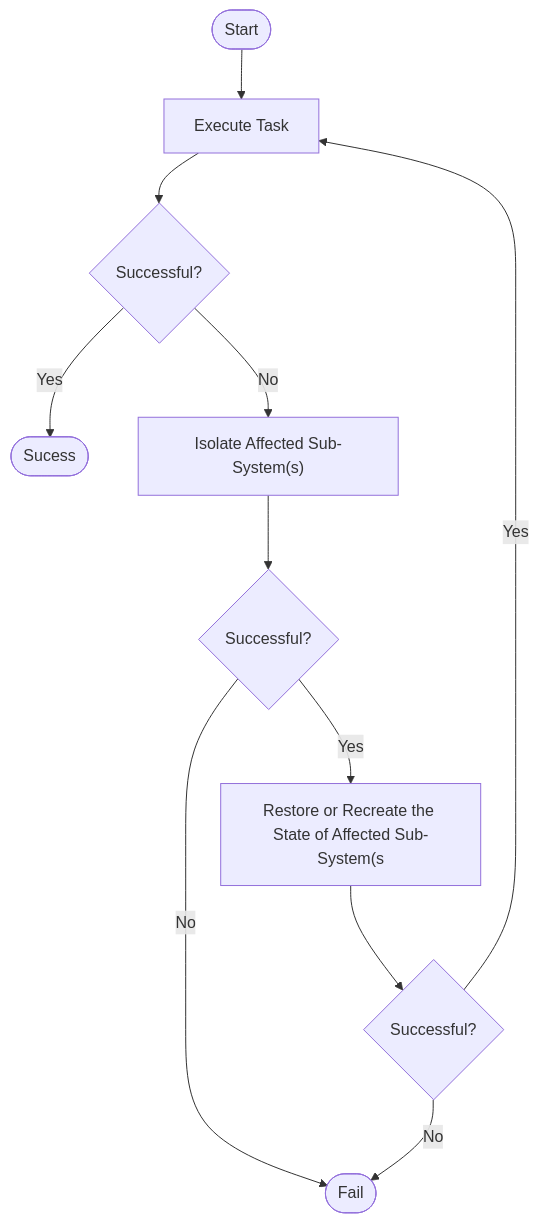
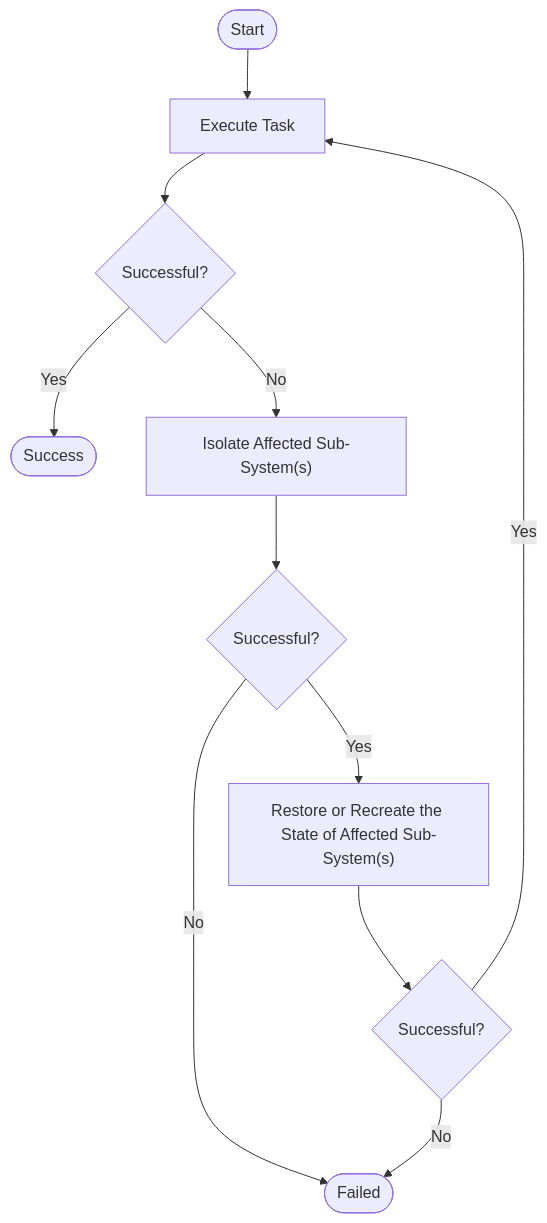
The diagram in sos/logical/resilience/rejuvenation/workflow.mmd (ORNL/intersect-architecture), drawn with Mermaid before and after one commit. The commit also changed 7 other files, not shown here.

```diff
--- a/sos/logical/resilience/rejuvenation/workflow.mmd
+++ b/sos/logical/resilience/rejuvenation/workflow.mmd
@@ -1,11 +1,11 @@
 flowchart TD
     A(["Start"]) --> B["Execute Task"]
     B --> C{"Successful?"}
-    C -->|Yes| D(["Sucess"])
+    C -->|Yes| D(["Success"])
     C -->|No| E["Isolate Affected Sub-System(s)"]
     E --> F{"Successful?"}
-    F -->|Yes| G["Restore or Recreate the State of Affected Sub-System(s"]
-    F -->|No| H(["Fail"])
+    F -->|Yes| G["Restore or Recreate the State of Affected Sub-System(s)"]
+    F -->|No| H(["Failed"])
     G --> I{"Successful?"}
     I -->|Yes| B
     I -->|No| H
```
